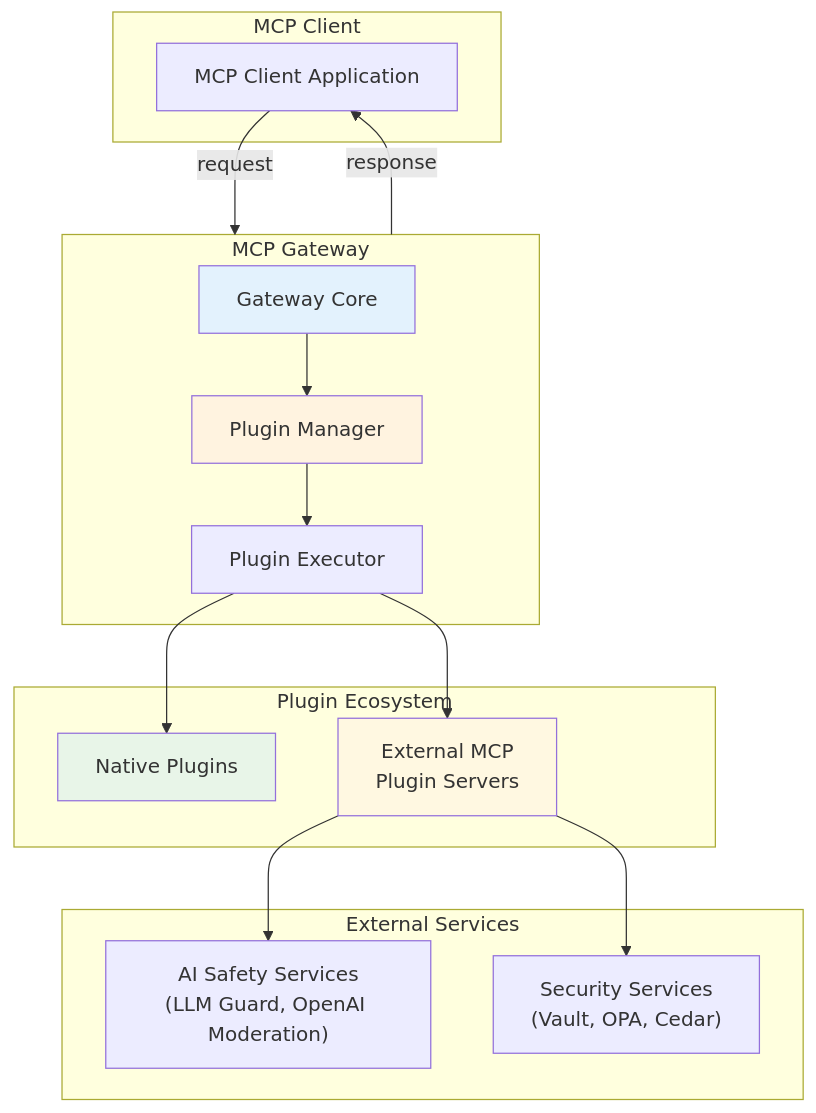
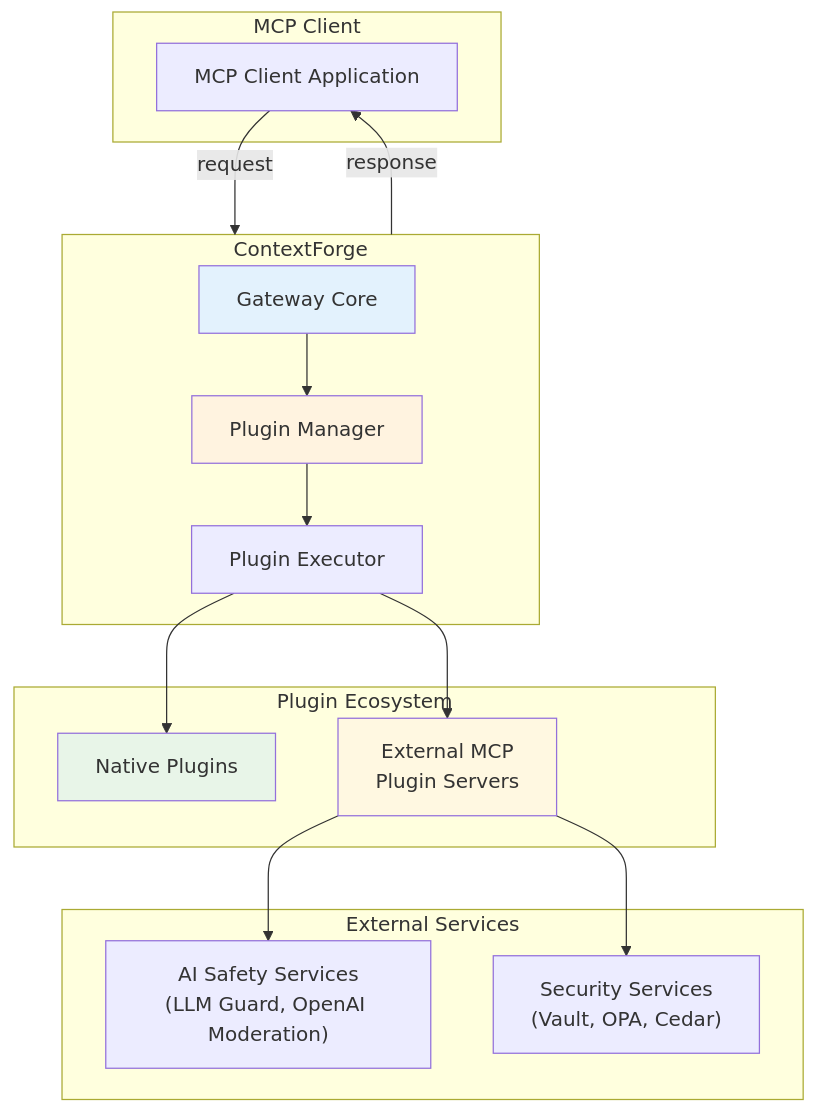
The first of 5 diagrams in docs/docs/architecture/plugins.md (tedhabeck/mcp-context-forge), drawn with Mermaid before and after one commit. The commit also changed other lines of this file and 583 other files, not shown here.

First line of the commit message:
docs: rebrand to ContextForge AI Gateway (#3091)

````diff
--- a/docs/docs/architecture/plugins.md
+++ b/docs/docs/architecture/plugins.md
@@ -87,36 +87,36 @@
 ```mermaid
 flowchart TB
     subgraph "MCP Client"
         Client["MCP Client Application"]
     end
 
-    subgraph GW["MCP Gateway"]
+    subgraph GW["ContextForge"]
         Gateway["Gateway Core"]
         PM["Plugin Manager"]
         Executor["Plugin Executor"]
     end
 
     subgraph "Plugin Ecosystem"
         Native["Native Plugins"]
         External["External MCP <br> Plugin Servers"]
     end
 
     subgraph "External Services"
         AI["AI Safety Services<br>(LLM Guard, OpenAI Moderation)"]
         Security["Security Services<br>(Vault, OPA, Cedar)"]
     end
 
     Client --request--> GW
     GW --response--> Client
     Gateway --> PM
     PM --> Executor
     Executor --> Native
     Executor --> External
     External --> AI
     External --> Security
 
     style Gateway fill:#e3f2fd
     style PM fill:#fff3e0
     style Native fill:#e8f5e8
     style External fill:#fff8e1
 ```
````
